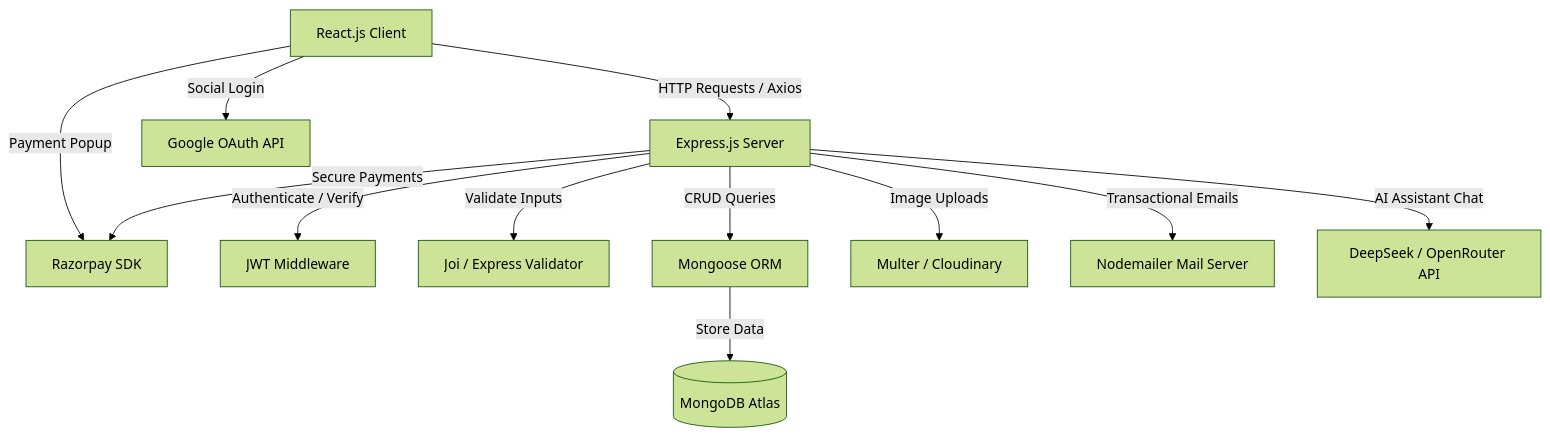
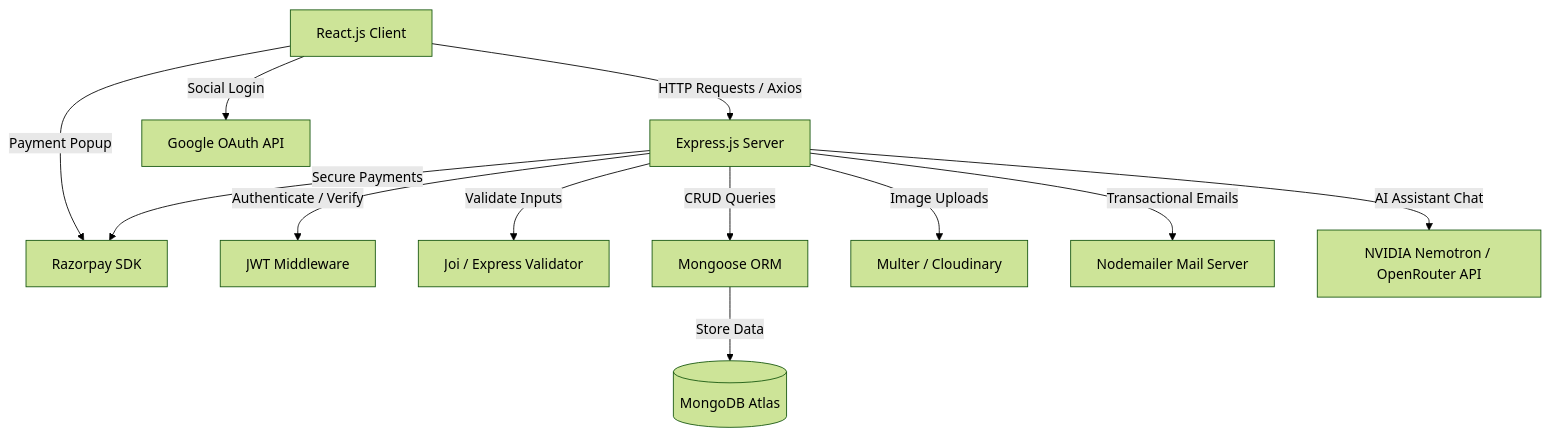
Before and after one commit to vyasan-6-6/ShopEase-Ecom: the diagram in Readme.md, drawn with Mermaid (forest theme). The commit also changed other lines of this file and 1 other file, not shown here.

````diff
--- a/Readme.md
+++ b/Readme.md
@@ -133,16 +129,16 @@
 ```mermaid
 graph TD
     Client[React.js Client] -->|HTTP Requests / Axios| Express[Express.js Server]
     Client -->|Social Login| GoogleAuth[Google OAuth API]
     Client -->|Payment Popup| RazorpayAPI[Razorpay SDK]
     
     Express -->|Authenticate / Verify| JWT[JWT Middleware]
     Express -->|Validate Inputs| ExpressValidator[Joi / Express Validator]
     Express -->|CRUD Queries| Mongoose[Mongoose ORM]
     Mongoose -->|Store Data| MongoDB[(MongoDB Atlas)]
     
     Express -->|Image Uploads| Multer[Multer / Cloudinary]
     Express -->|Transactional Emails| Nodemailer[Nodemailer Mail Server]
     Express -->|Secure Payments| RazorpayAPI
-    Express -->|AI Assistant Chat| OpenRouter[DeepSeek / OpenRouter API]
+    Express -->|AI Assistant Chat| OpenRouter[NVIDIA Nemotron / OpenRouter API]
 ```
````
